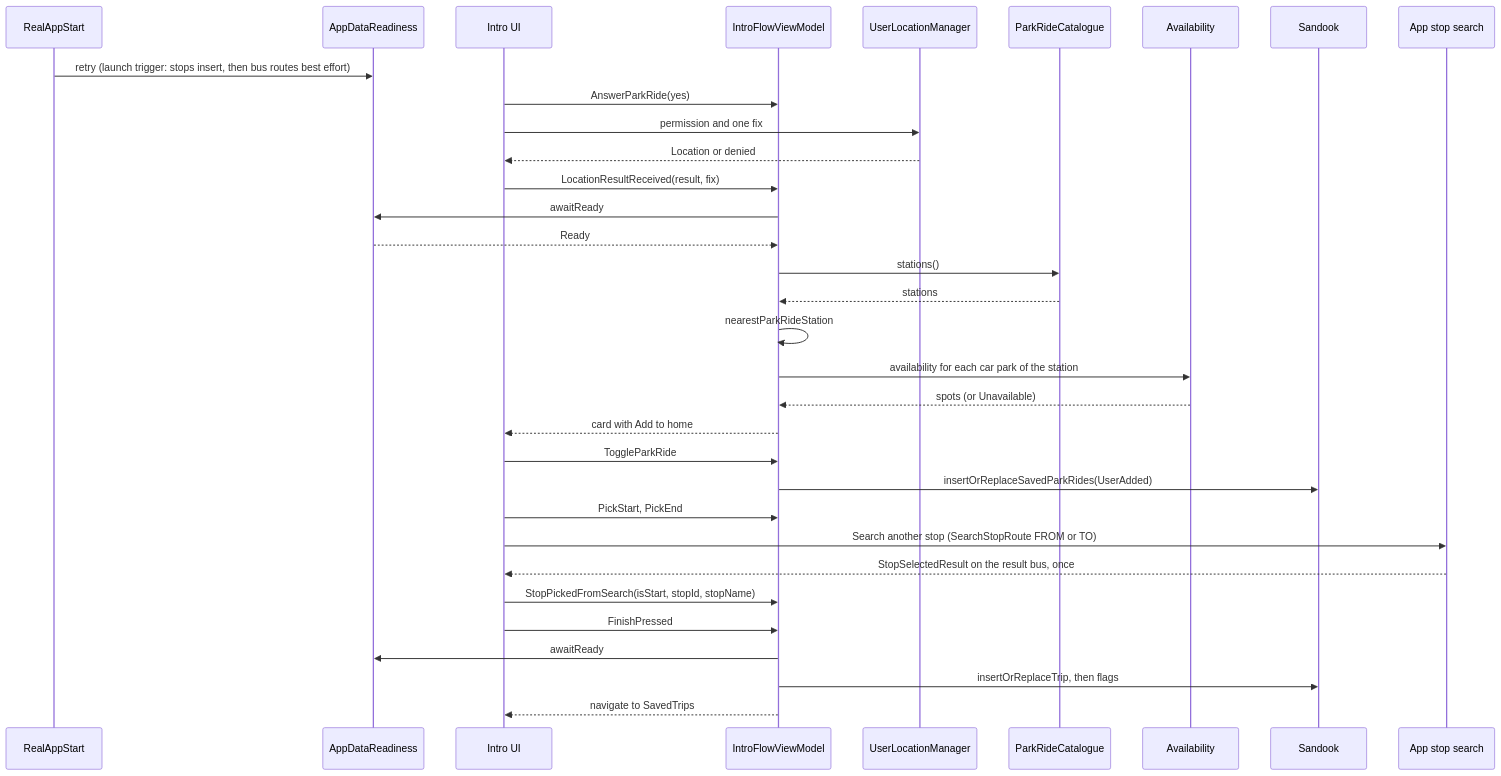
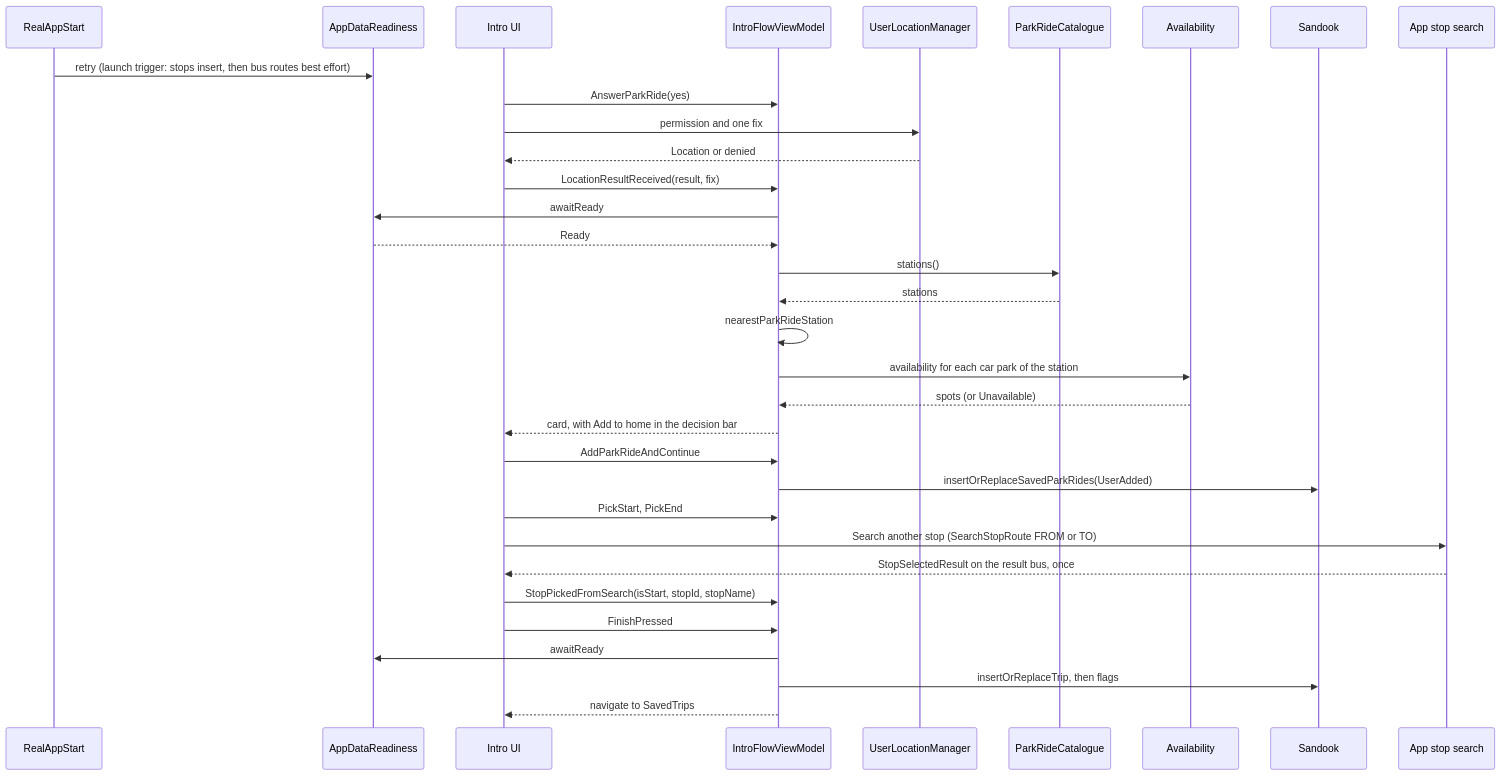
The second of 2 diagrams in docs/features/intro/ERD.md (ksharma-xyz/KRAIL), drawn with Mermaid before and after one commit. The commit also changed other lines of this file, not shown here.

First line of the commit message:
Describe the five screen Intro, the decision bar and the headline

````diff
--- a/docs/features/intro/ERD.md
+++ b/docs/features/intro/ERD.md
@@ -315,35 +372,35 @@
 ```mermaid
 sequenceDiagram
     participant App as RealAppStart
     participant R as AppDataReadiness
     participant UI as Intro UI
     participant VM as IntroFlowViewModel
     participant L as UserLocationManager
     participant C as ParkRideCatalogue
     participant A as Availability
     participant DB as Sandook
     participant S as App stop search
     App->>R: retry (launch trigger: stops insert, then bus routes best effort)
     UI->>VM: AnswerParkRide(yes)
     UI->>L: permission and one fix
     L-->>UI: Location or denied
     UI->>VM: LocationResultReceived(result, fix)
     VM->>R: awaitReady
     R-->>VM: Ready
     VM->>C: stations()
     C-->>VM: stations
     VM->>VM: nearestParkRideStation
     VM->>A: availability for each car park of the station
     A-->>VM: spots (or Unavailable)
-    VM-->>UI: card with Add to home
-    UI->>VM: ToggleParkRide
+    VM-->>UI: card, with Add to home in the decision bar
+    UI->>VM: AddParkRideAndContinue
     VM->>DB: insertOrReplaceSavedParkRides(UserAdded)
     UI->>VM: PickStart, PickEnd
     UI->>S: Search another stop (SearchStopRoute FROM or TO)
     S-->>UI: StopSelectedResult on the result bus, once
     UI->>VM: StopPickedFromSearch(isStart, stopId, stopName)
     UI->>VM: FinishPressed
     VM->>R: awaitReady
     VM->>DB: insertOrReplaceTrip, then flags
     VM-->>UI: navigate to SavedTrips
 ```
````
